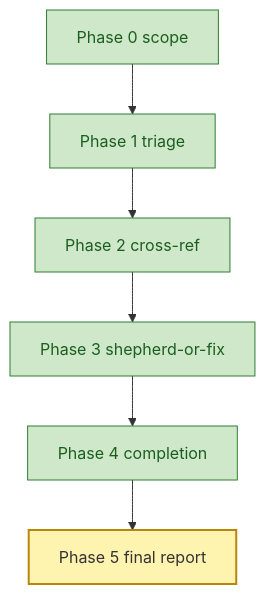
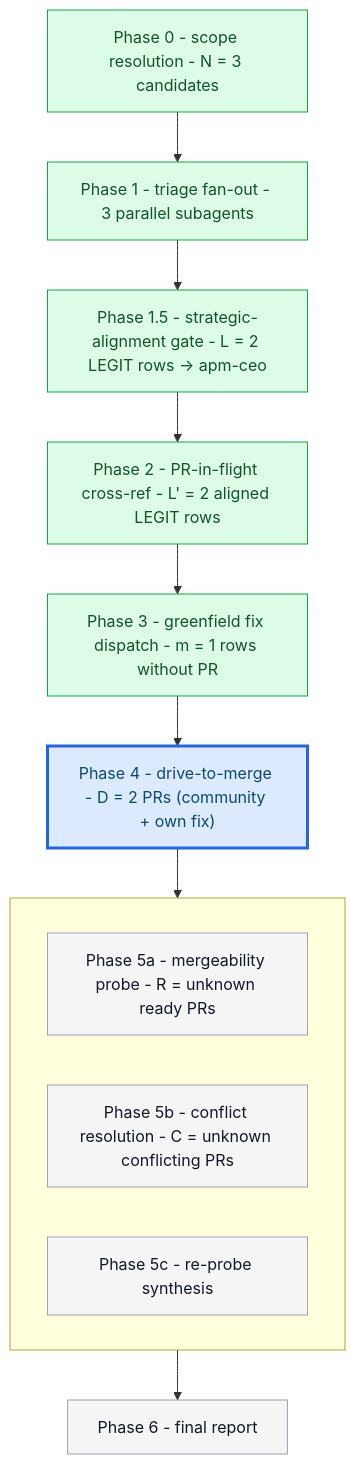
The sixth of 8 diagrams in packages/batch-bug-shepherd/.apm/skills/batch-bug-shepherd/evals/fixtures/three-issues-mixed.with_skill.md (microsoft/apm), drawn with Mermaid before and after one commit. The commit also changed other lines of this file and 112 other files, not shown here.

````diff
--- a/packages/batch-bug-shepherd/.apm/skills/batch-bug-shepherd/evals/fixtures/three-issues-mixed.with_skill.md
+++ b/packages/batch-bug-shepherd/.apm/skills/batch-bug-shepherd/evals/fixtures/three-issues-mixed.with_skill.md
@@ -176,15 +235,26 @@
 ```mermaid
 flowchart TB
-    P0[Phase 0 scope]:::done
-    P1[Phase 1 triage]:::done
-    P2[Phase 2 cross-ref]:::done
-    P3[Phase 3 shepherd-or-fix]:::done
-    P4[Phase 4 completion]:::done
-    P5[Phase 5 final report]:::active
-    P0 --> P1 --> P2 --> P3 --> P4 --> P5
-    classDef pending fill:#eee,stroke:#999,color:#333
-    classDef active  fill:#fff3b0,stroke:#b8860b,color:#333,stroke-width:2px
-    classDef done    fill:#cfe8c9,stroke:#2e7d32,color:#1b5e20
-    classDef blocked fill:#f8c7c7,stroke:#b71c1c,color:#7f0000
-    classDef skipped fill:#f0f0f0,stroke:#bbb,color:#888,stroke-dasharray:3 3
+    P0["Phase 0 - scope resolution - N = 3 candidates"]:::done
+    P1["Phase 1 - triage fan-out - 3 parallel subagents"]:::done
+    P15["Phase 1.5 - strategic-alignment gate - L = 2 LEGIT rows -> apm-ceo"]:::done
+    P2["Phase 2 - PR-in-flight cross-ref - L' = 2 aligned LEGIT rows"]:::done
+    P3["Phase 3 - greenfield fix dispatch - m = 1 rows without PR"]:::done
+    P4["Phase 4 - drive-to-merge - D = 2 PRs (community + own fix)"]:::active
+
+    subgraph WAVE4[" "]
+        direction LR
+        P5a["Phase 5a - mergeability probe - R = unknown ready PRs"]:::pending
+        P5b["Phase 5b - conflict resolution - C = unknown conflicting PRs"]:::pending
+        P5c["Phase 5c - re-probe synthesis"]:::pending
+    end
+
+    P6["Phase 6 - final report"]:::pending
+
+    P0 --> P1 --> P15 --> P2 --> P3 --> P4 --> WAVE4 --> P6
+
+    classDef pending fill:#f5f5f5,stroke:#9ca3af,stroke-width:1px,color:#111827
+    classDef active  fill:#dbeafe,stroke:#2563eb,stroke-width:3px,color:#0c4a6e
+    classDef done    fill:#dcfce7,stroke:#16a34a,stroke-width:1px,color:#14532d
+    classDef blocked fill:#fef3c7,stroke:#d97706,stroke-width:2px,color:#78350f
+    classDef skipped fill:#f3f4f6,stroke:#6b7280,stroke-width:1px,stroke-dasharray:4 2,color:#374151
 ```
````
